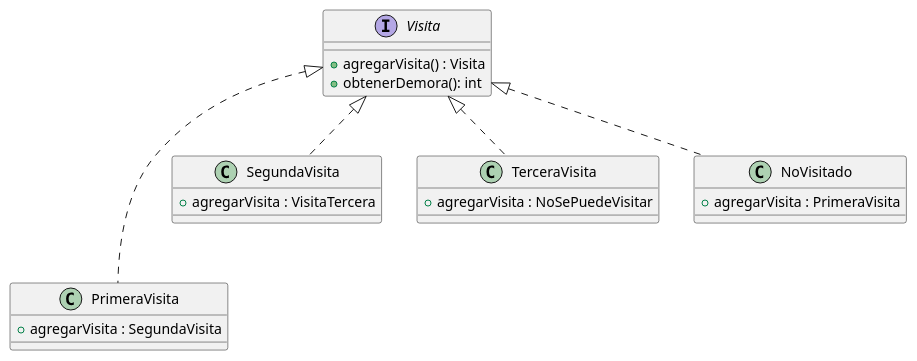
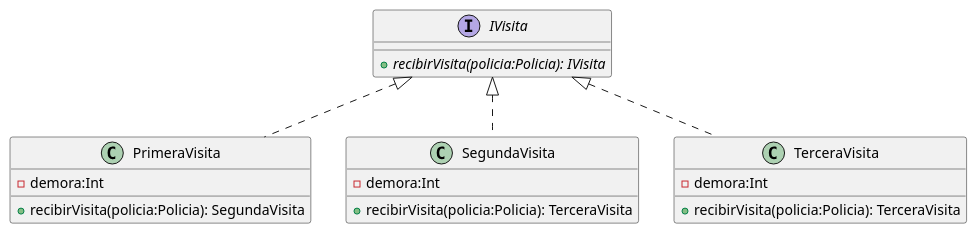
The diagram in diagrams/classes/dc_visitas.plantuml (SeleneMartinez/Algo3_AlgoThief), drawn with PlantUML before and after one commit. The commit also changed 9 other files, not shown here.

```diff
--- a/diagrams/classes/dc_visitas.plantuml
+++ b/diagrams/classes/dc_visitas.plantuml
@@ -1,27 +1,27 @@
 @startuml
-    interface Visita
+
+    interface IVisita
     {
-        +agregarVisita() : Visita
-        +obtenerDemora(): int
+        + {abstract} recibirVisita(policia:Policia): IVisita
     }
     class PrimeraVisita
     {
-        +agregarVisita : SegundaVisita
+        - demora:Int
+        + recibirVisita(policia:Policia): SegundaVisita
     }
     class SegundaVisita
     {
-        +agregarVisita : VisitaTercera
+        - demora:Int
+        + recibirVisita(policia:Policia): TerceraVisita
     }
     class TerceraVisita
     {
-        +agregarVisita : NoSePuedeVisitar
+        - demora:Int
+        + recibirVisita(policia:Policia): TerceraVisita
     }
-    class NoVisitado
-    {
-        +agregarVisita : PrimeraVisita
-    }
-    Visita <|..SegundaVisita
-    Visita <|..TerceraVisita
-    Visita <|..NoVisitado
-    Visita <|...PrimeraVisita
+
+
+    IVisita <|..SegundaVisita
+    IVisita <|..TerceraVisita
+    IVisita <|..PrimeraVisita
 @enduml
```
